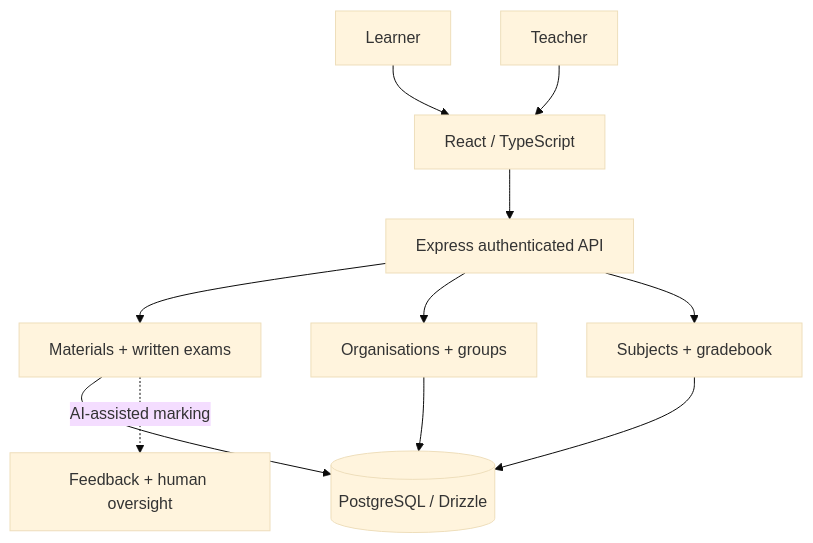
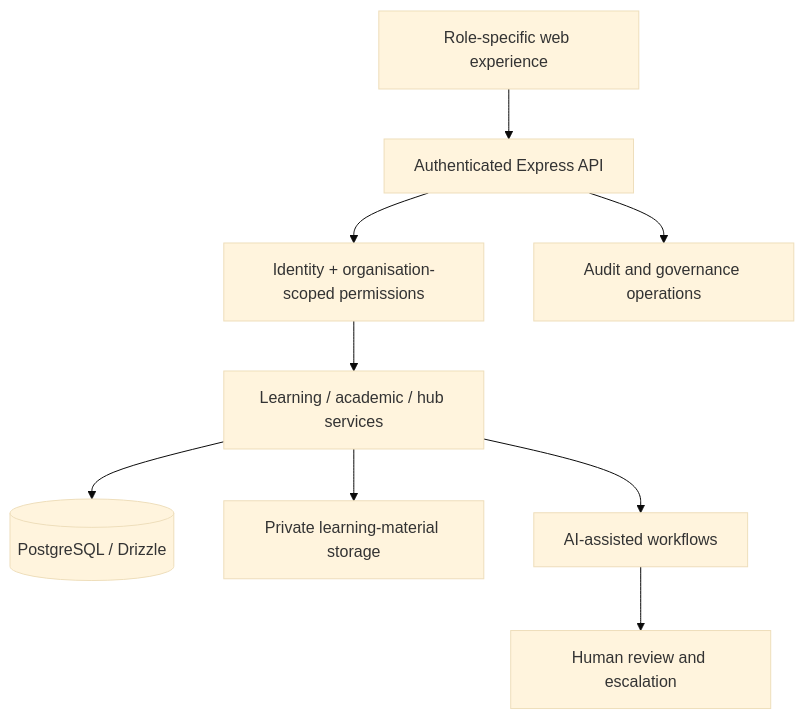
One commit to CayelaemJ/Training-and-Development-Hub changed the fifth of 6 diagrams in docs/PORTFOLIO_SHOWCASE.md. Above: the diagram before and after it, drawn with Mermaid (base theme). The commit also changed other lines of this file, not shown here.

Commit message:
docs: detail community hierarchy, AI orchestration and 12-module platform architecture

````diff
--- a/docs/PORTFOLIO_SHOWCASE.md
+++ b/docs/PORTFOLIO_SHOWCASE.md
@@ -11,13 +131,11 @@
 ```mermaid
 flowchart TB
-  Learner --> Web["React / TypeScript"]
-  Teacher --> Web
-  Web --> API["Express authenticated API"]
-  API --> Materials["Materials + written exams"]
-  API --> Orgs["Organisations + groups"]
-  API --> Academic["Subjects + gradebook"]
-  Materials --> DB[("PostgreSQL / Drizzle")]
-  Orgs --> DB
-  Academic --> DB
-  Materials -. "AI-assisted marking" .-> Review["Feedback + human oversight"]
+  U["Role-specific web experience"] --> API["Authenticated Express API"]
+  API --> IAM["Identity + organisation-scoped permissions"]
+  IAM --> DOM["Learning / academic / hub services"]
+  DOM --> DATA[("PostgreSQL / Drizzle")]
+  DOM --> OBJ["Private learning-material storage"]
+  DOM --> AI["AI-assisted workflows"]
+  API --> AUDIT["Audit and governance operations"]
+  AI --> HUMAN["Human review and escalation"]
 ```
````
